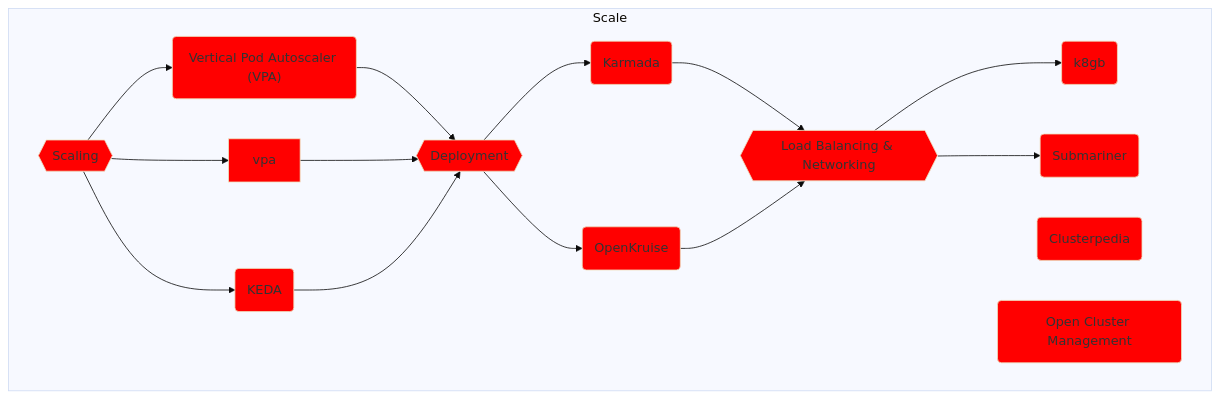
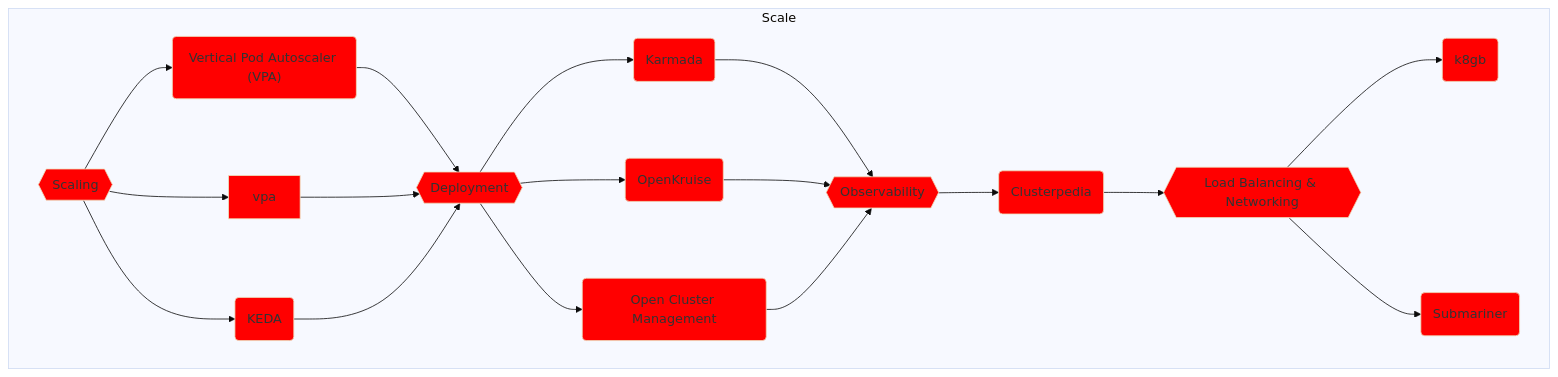
The sixth of 11 diagrams in solution.md (vfarcic/cncf-demo), drawn with Mermaid (base theme) before and after one commit. The commit also changed other lines of this file and 9 other files, not shown here.

````diff
--- a/solution.md
+++ b/solution.md
@@ -690,50 +705,53 @@
 ```mermaid
 flowchart TD
 
     subgraph Scale
 
         %% -------------
         %% -- Scaling --
         %% -------------
         scaling{{Scaling}}
         style scaling fill:red
         hpa("Horizontal Pod Autoscaler (HPA)")
         style hpa fill:red
         hpa("Vertical Pod Autoscaler (VPA)")
         style vpa fill:red
         keda(KEDA)
         style keda fill:red
         scaling --> hpa & vpa & keda --> deployment-mc
 
         %% ------------------------------
         %% -- Multi-Cluster Deployment --
         %% ------------------------------
         deployment-mc{{Deployment}}
         style deployment-mc fill:red
         deployment-mc-karmada(Karmada)
         style deployment-mc-karmada fill:red
         open-kruise(OpenKruise)
         style open-kruise fill:red
-        deployment-mc --> deployment-mc-karmada & open-kruise --> lb-mc
+        ocm(Open Cluster Management)
+        style ocm fill:red
+        deployment-mc --> deployment-mc-karmada & open-kruise & ocm --> observability
+
+        %% -------------------
+        %% -- Observability --
+        %% -------------------
+        observability{{Observability}}
+        style observability fill:red
+        clusterpedia(Clusterpedia)
+        style clusterpedia fill:red
+        observability --> clusterpedia --> lb-mc
 
         %% ---------------------------------
         %% -- Load Balancing & Networking --
         %% ---------------------------------
         lb-mc{{Load Balancing & Networking}}
         style lb-mc fill:red
         lb-mc-k8gb(k8gb)
         style lb-mc-k8gb fill:red
         lb-mc-submariner(Submariner)
         style lb-mc-submariner fill:red
         lb-mc --> lb-mc-k8gb & lb-mc-submariner
 
-        %% -----------
-        %% -- TODO: --
-        %% -----------
-        clusterpedia(Clusterpedia)
-        style clusterpedia fill:red
-        open-cluster-management(Open Cluster Management)
-        style open-cluster-management fill:red
-
     end
 ```
````
